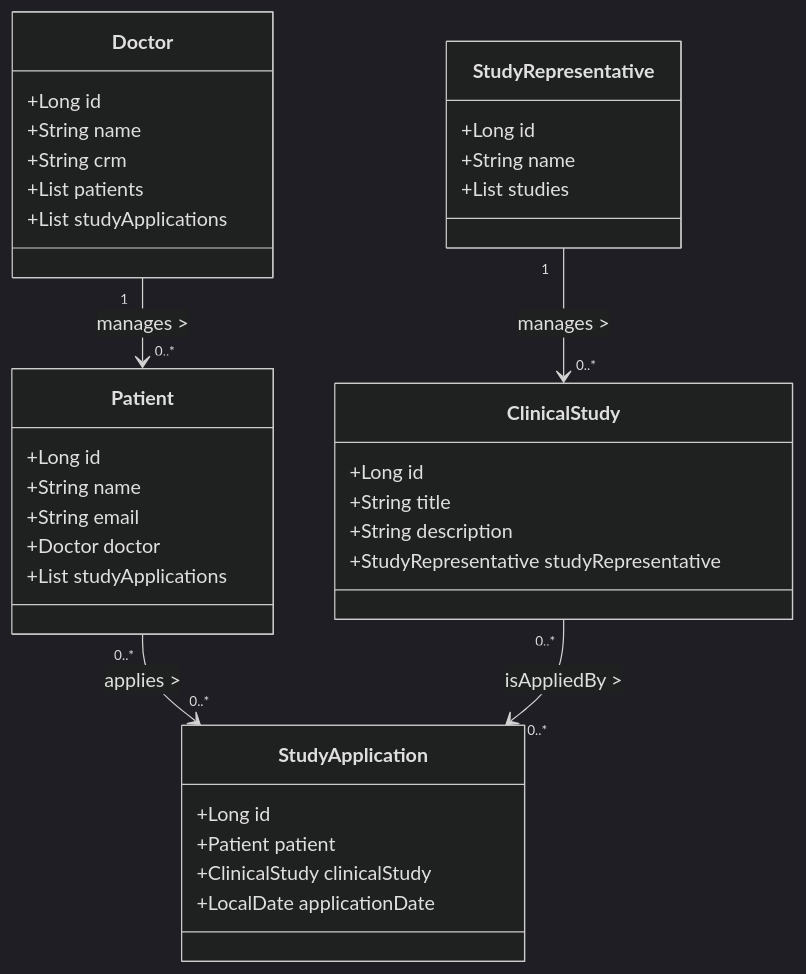
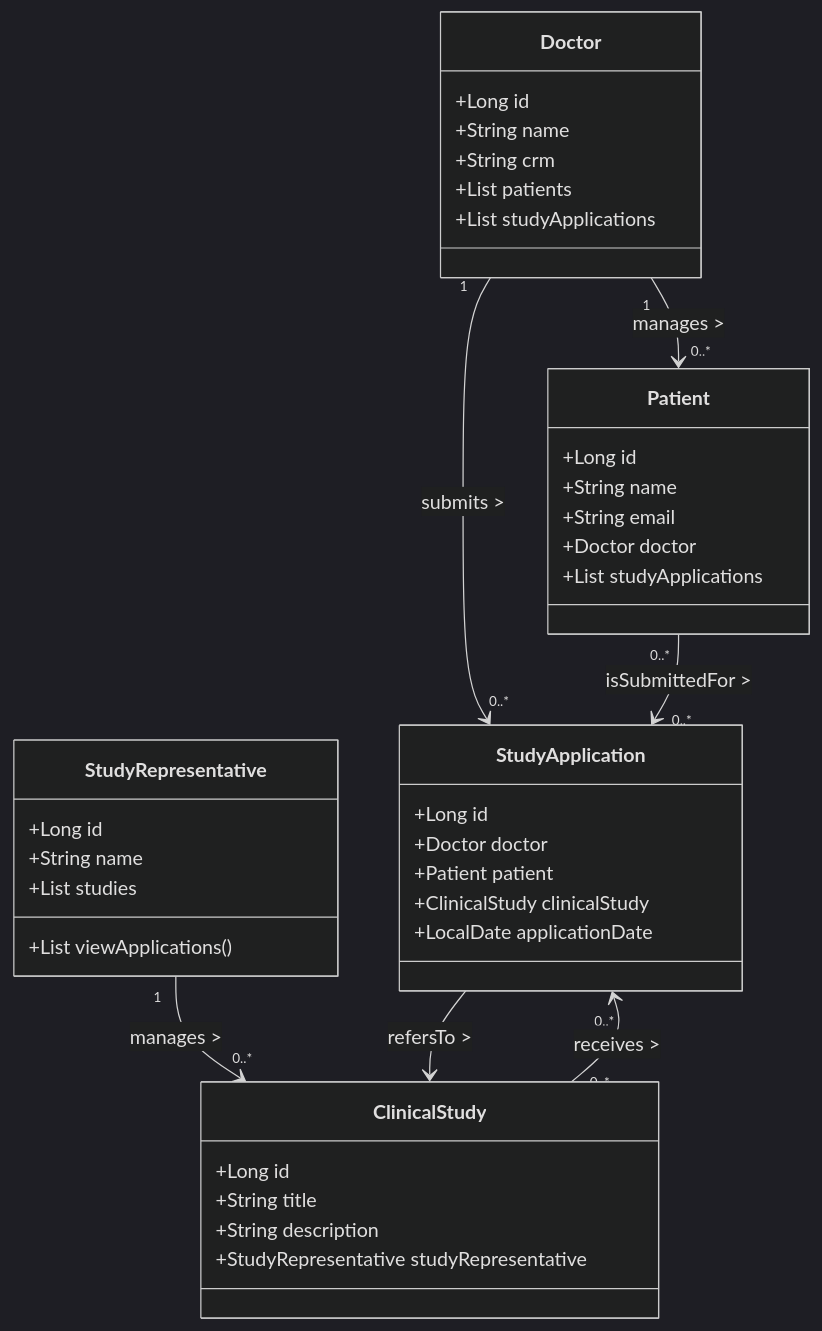
Before and after one commit to andrefilipe1310/inovamed-: the fourth of 16 diagrams in README.md, drawn with Mermaid (dark theme).

````diff
--- a/README.md
+++ b/README.md
@@ -182,44 +182,48 @@
 ```mermaid
 classDiagram
     class Doctor {
         +Long id
         +String name
         +String crm
         +List<Patient> patients
         +List<StudyApplication> studyApplications
     }
 
     class Patient {
         +Long id
         +String name
         +String email
         +Doctor doctor
         +List<StudyApplication> studyApplications
     }
 
     class StudyRepresentative {
         +Long id
         +String name
         +List<ClinicalStudy> studies
+        +List<StudyApplication> viewApplications()
     }
 
     class ClinicalStudy {
         +Long id
         +String title
         +String description
         +StudyRepresentative studyRepresentative
     }
 
     class StudyApplication {
         +Long id
+        +Doctor doctor
         +Patient patient
         +ClinicalStudy clinicalStudy
         +LocalDate applicationDate
     }
 
     Doctor "1" --> "0..*" Patient : manages >
-    Patient "0..*" --> "0..*" StudyApplication : applies >
+    Doctor "1" --> "0..*" StudyApplication : submits >
+    Patient "0..*" --> "0..*" StudyApplication : isSubmittedFor >
     StudyRepresentative "1" --> "0..*" ClinicalStudy : manages >
-    ClinicalStudy "0..*" --> "0..*" StudyApplication : isAppliedBy >
+    ClinicalStudy "0..*" --> "0..*" StudyApplication : receives >
+    StudyApplication --> ClinicalStudy : refersTo >
 
 ```
````
